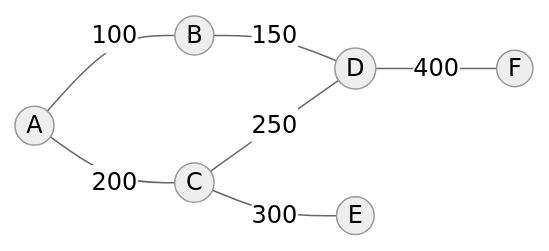
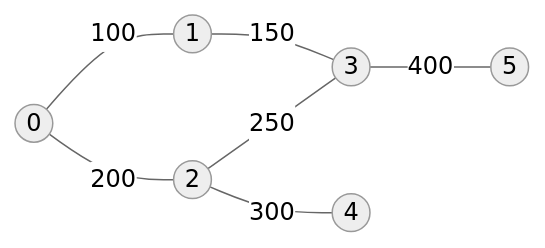
Before and after one commit to ani2fun/cortex: the diagram in content/cortex/data-structures-and-algorithms/04-graphs/01-introduction-to-graphs.md, drawn with Mermaid (neutral theme). The commit also changed other lines of this file and 224 other files, not shown here.

````diff
--- a/content/cortex/data-structures-and-algorithms/04-graphs/01-introduction-to-graphs.md
+++ b/content/cortex/data-structures-and-algorithms/04-graphs/01-introduction-to-graphs.md
@@ -66,9 +137,9 @@
 ```mermaid
 flowchart LR
-    A((A)) ---|100| B((B))
-    A ---|200| C((C))
-    B ---|150| D((D))
+    A((0)) ---|100| B((1))
+    A ---|200| C((2))
+    B ---|150| D((3))
     C ---|250| D
-    C ---|300| E((E))
-    D ---|400| F((F))
+    C ---|300| E((4))
+    D ---|400| F((5))
 ```
````
